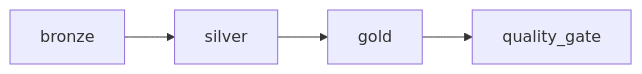
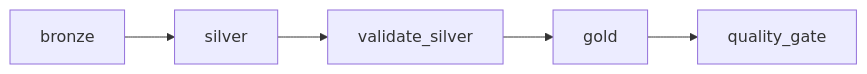
The second of 4 diagrams in README.md (Bara-BK/Olist-lakehouse-Databricks), drawn with Mermaid before and after one commit. The commit also changed other lines of this file and 5 other files, not shown here.

````diff
--- a/README.md
+++ b/README.md
@@ -101,4 +105,4 @@
 ```mermaid
 flowchart LR
-    bronze --> silver --> gold --> quality_gate
+    bronze --> silver --> validate_silver --> gold --> quality_gate
 ```
````
